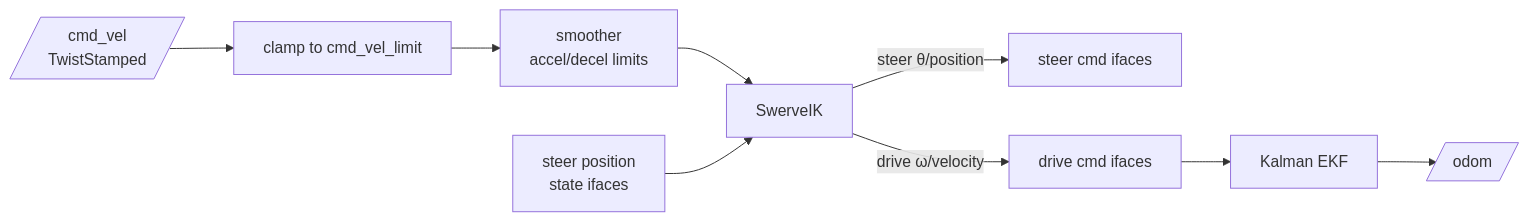
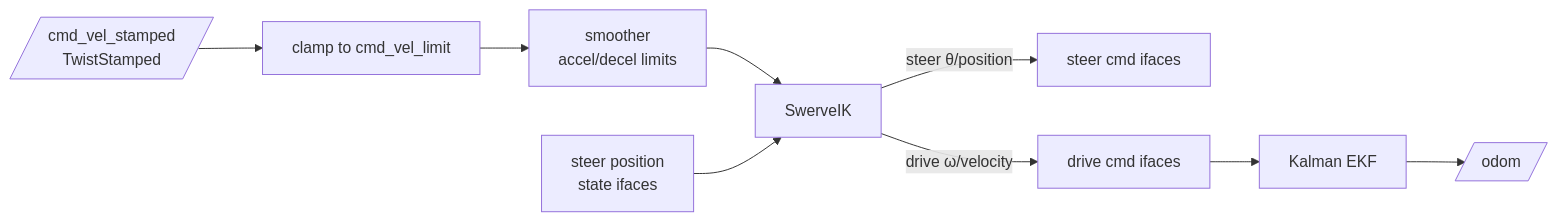
Before and after one commit to waynerobotics/Warrior_2026: the second of 3 diagrams in warrior_control/README.md, drawn with Mermaid. The commit also changed other lines of this file and 31 other files, not shown here.

````diff
--- a/warrior_control/README.md
+++ b/warrior_control/README.md
@@ -135,10 +135,10 @@
 ```mermaid
 flowchart LR
-    CV[/cmd_vel\nTwistStamped/] --> CL[clamp to cmd_vel_limit]
+    CV[/cmd_vel_stamped\nTwistStamped/] --> CL[clamp to cmd_vel_limit]
     CL --> SM[smoother\naccel/decel limits]
     SM --> IK[SwerveIK]
     IK -->|steer θ/position| SCMD[steer cmd ifaces]
     IK -->|drive ω/velocity| DCMD[drive cmd ifaces]
     STATE[steer position\nstate ifaces] --> IK
     DCMD --> KF[Kalman EKF] --> ODOM[/odom/]
 ```
````
